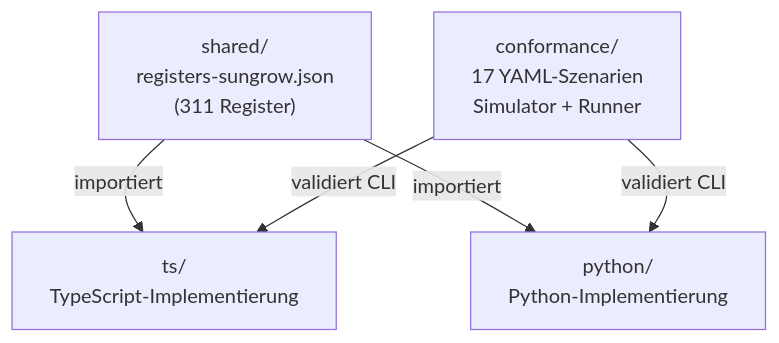
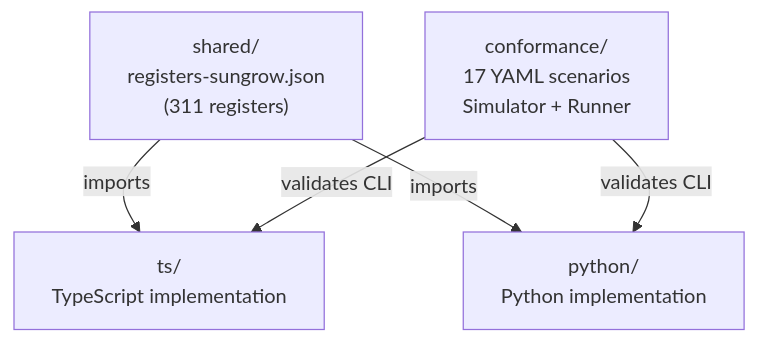
One commit to AlexanderLanin/sungrowlib changed the first of 12 diagrams in ARCHITECTURE.md. Above: the diagram before and after it, drawn with Mermaid. The commit also changed other lines of this file, not shown here.

Commit message:
docs: translate ARCHITECTURE.md from German to English

````diff
--- a/ARCHITECTURE.md
+++ b/ARCHITECTURE.md
@@ -5,12 +5,12 @@
 ```mermaid
 graph TD
-    shared["shared/<br/>registers-sungrow.json<br/>(311 Register)"]
-    conformance["conformance/<br/>17 YAML-Szenarien<br/>Simulator + Runner"]
-    ts["ts/<br/>TypeScript-Implementierung"]
-    py["python/<br/>Python-Implementierung"]
+    shared["shared/<br/>registers-sungrow.json<br/>(311 registers)"]
+    conformance["conformance/<br/>17 YAML scenarios<br/>Simulator + Runner"]
+    ts["ts/<br/>TypeScript implementation"]
+    py["python/<br/>Python implementation"]
 
-    shared -->|importiert| ts
-    shared -->|importiert| py
-    conformance -->|validiert CLI| ts
-    conformance -->|validiert CLI| py
+    shared -->|imports| ts
+    shared -->|imports| py
+    conformance -->|validates CLI| ts
+    conformance -->|validates CLI| py
 ```
````
